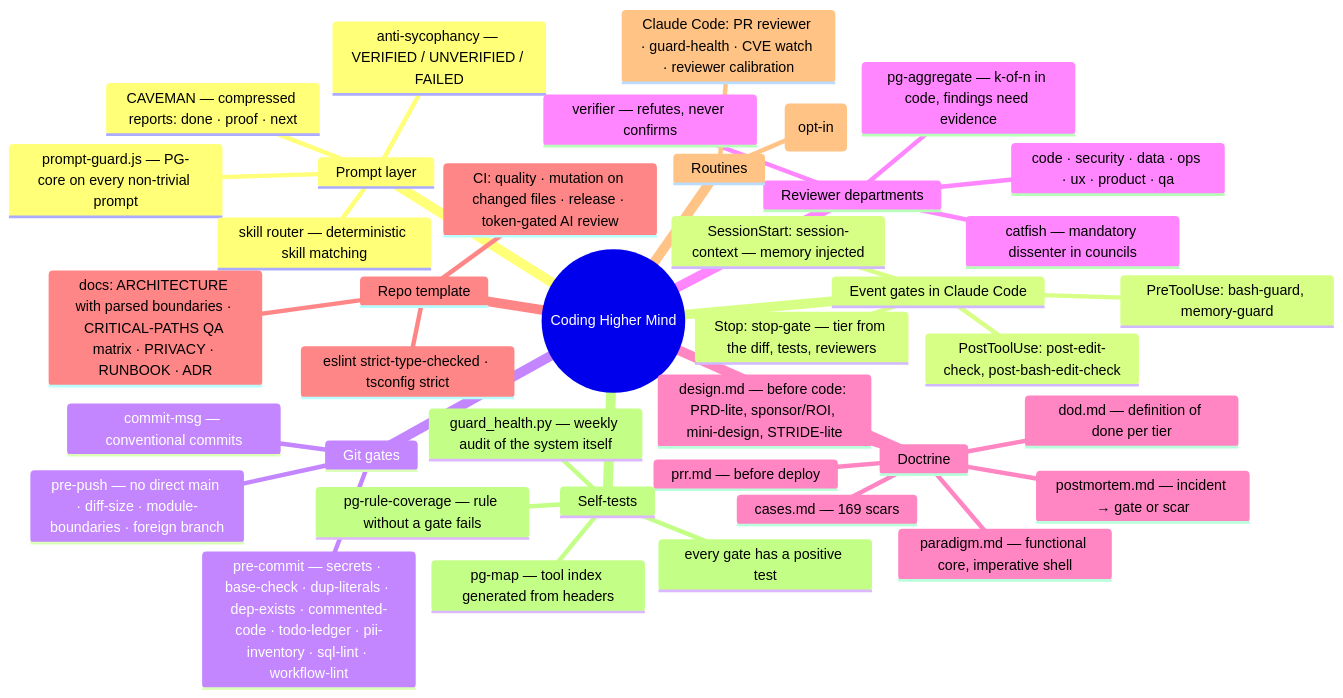
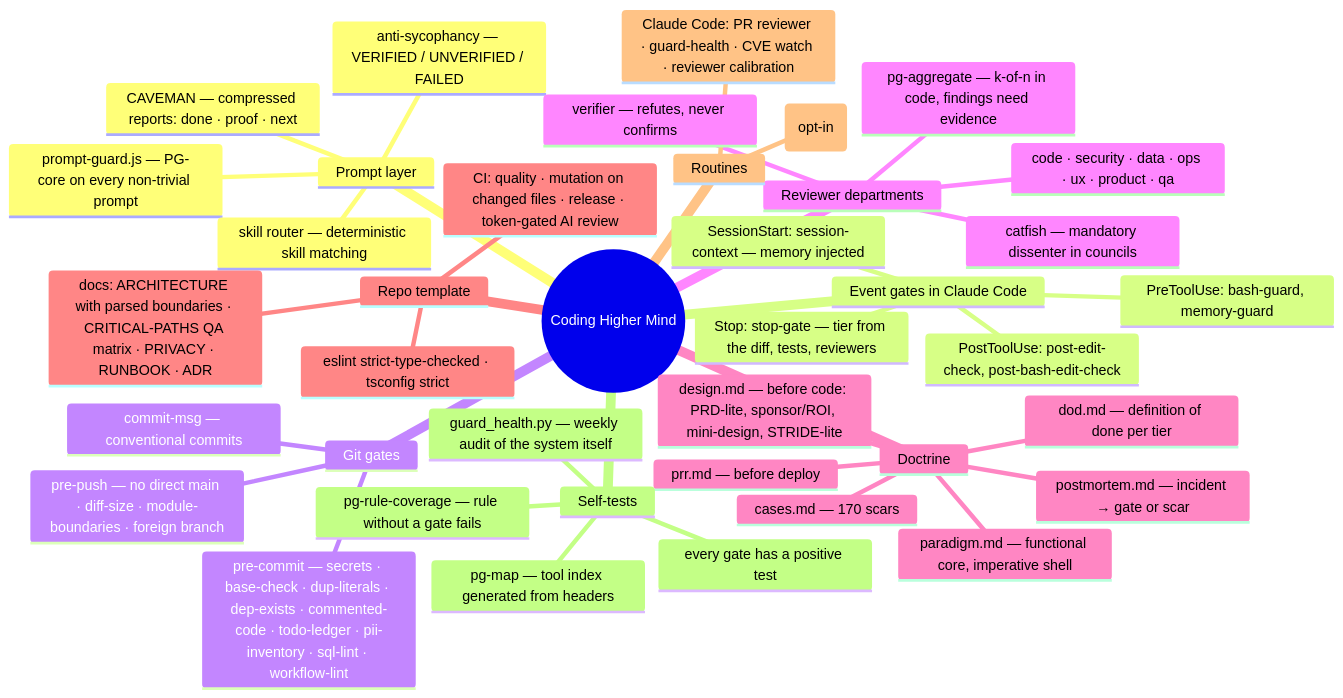
Before and after one commit to kamiljan11/coding-higher-mind: the first of 4 diagrams in docs/ARCHITECTURE.md, drawn with Mermaid. The commit also changed other lines of this file and 30 other files, not shown here.

````diff
--- a/docs/ARCHITECTURE.md
+++ b/docs/ARCHITECTURE.md
@@ -8,42 +8,42 @@
 ```mermaid
 mindmap
   root((Coding Higher Mind))
     Prompt layer
       prompt-guard.js — PG-core on every non-trivial prompt
       CAVEMAN — compressed reports: done · proof · next
       anti-sycophancy — VERIFIED / UNVERIFIED / FAILED
       skill router — deterministic skill matching
     Event gates in Claude Code
       PreToolUse: bash-guard, memory-guard
       PostToolUse: post-edit-check, post-bash-edit-check
       Stop: stop-gate — tier from the diff, tests, reviewers
       SessionStart: session-context — memory injected
     Git gates
       commit-msg — conventional commits
       pre-commit — secrets · base-check · dup-literals · dep-exists · commented-code · todo-ledger · pii-inventory · sql-lint · workflow-lint
       pre-push — no direct main · diff-size · module-boundaries · foreign branch
     Reviewer departments
       code · security · data · ops · ux · product · qa
       verifier — refutes, never confirms
       catfish — mandatory dissenter in councils
       pg-aggregate — k-of-n in code, findings need evidence
     Doctrine
       design.md — before code: PRD-lite, sponsor/ROI, mini-design, STRIDE-lite
       dod.md — definition of done per tier
       prr.md — before deploy
       postmortem.md — incident → gate or scar
       paradigm.md — functional core, imperative shell
-      cases.md — 169 scars
+      cases.md — 170 scars
     Repo template
       CI: quality · mutation on changed files · release · token-gated AI review
       docs: ARCHITECTURE with parsed boundaries · CRITICAL-PATHS QA matrix · PRIVACY · RUNBOOK · ADR
       eslint strict-type-checked · tsconfig strict
     Routines
       Claude Code: PR reviewer · guard-health · CVE watch · reviewer calibration
       Cowork: watchdog · backup+restore · sessions→memory · weekly report · self-evolution (opt-in)
     Self-tests
       every gate has a positive test
       pg-rule-coverage — rule without a gate fails
       pg-map — tool index generated from headers
       guard_health.py — weekly audit of the system itself
 ```
````
